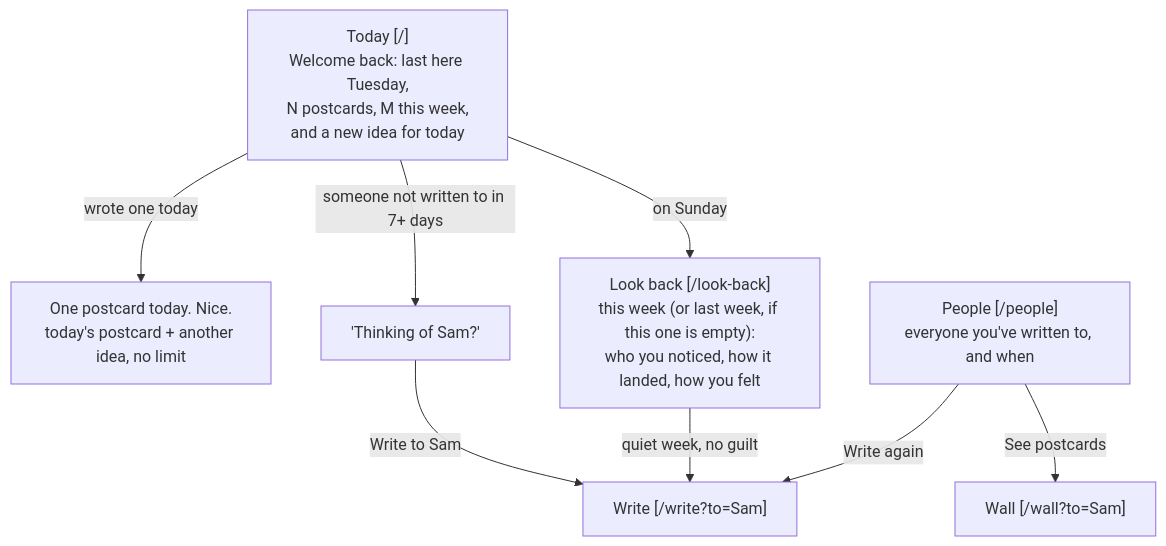
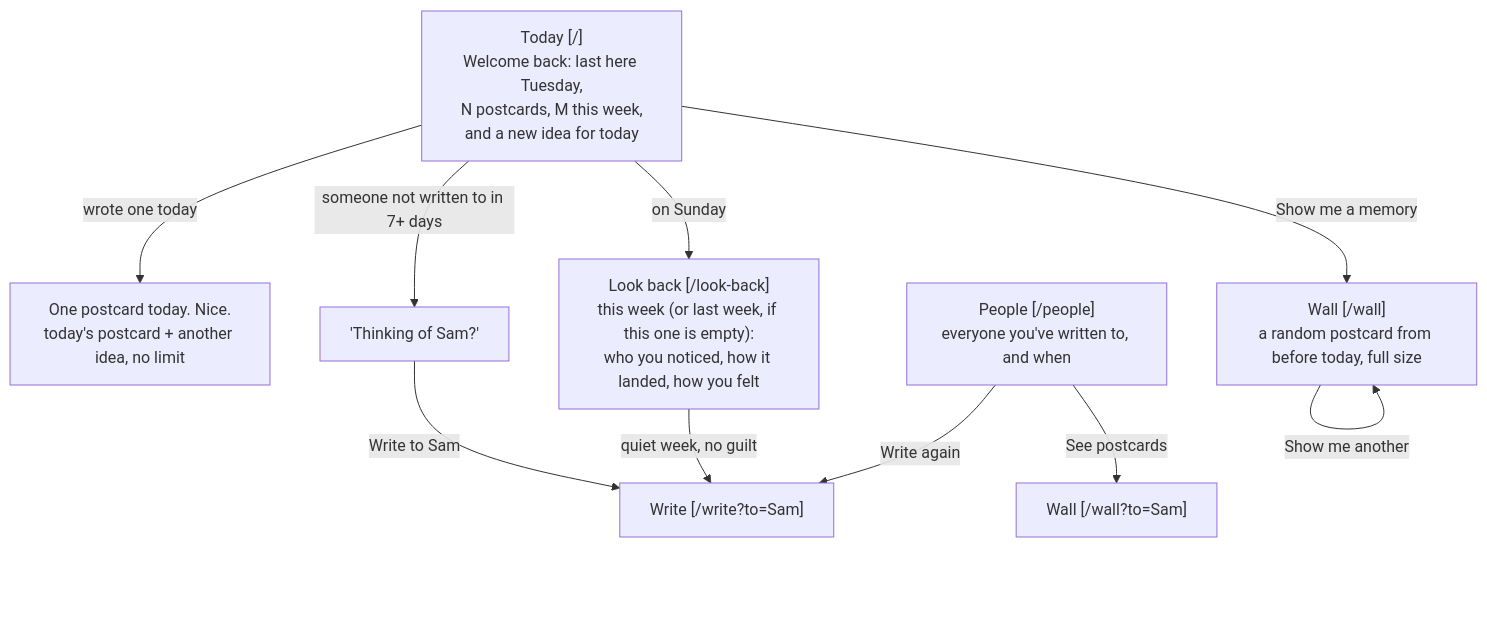
Before and after one commit to carnowell-uchicago/dbs-p3: the third of 3 diagrams in README.md, drawn with Mermaid. The commit also changed other lines of this file and 2 other files, not shown here.

Commit message:
Document the corkboard wall, memories, mobile check, and cork contrast

````diff
--- a/README.md
+++ b/README.md
@@ -45,11 +46,13 @@
 ```mermaid
 flowchart TD
     R["Today [/]<br/>Welcome back: last here Tuesday,<br/>N postcards, M this week,<br/>and a new idea for today"]
     R -->|"wrote one today"| DONE["One postcard today. Nice.<br/>today's postcard + another idea, no limit"]
     R -->|"someone not written to in 7+ days"| N["'Thinking of Sam?'"]
     N -->|"Write to Sam"| W["Write [/write?to=Sam]"]
     R -->|"on Sunday"| L["Look back [/look-back]<br/>this week (or last week, if this one is empty):<br/>who you noticed, how it landed, how you felt"]
     L -->|"quiet week, no guilt"| W
     PE["People [/people]<br/>everyone you've written to, and when"] -->|"Write again"| W
     PE -->|"See postcards"| PF["Wall [/wall?to=Sam]"]
+    R -->|"Show me a memory"| M["Wall [/wall]<br/>a random postcard from before today, full size"]
+    M -->|"Show me another"| M
 ```
````
